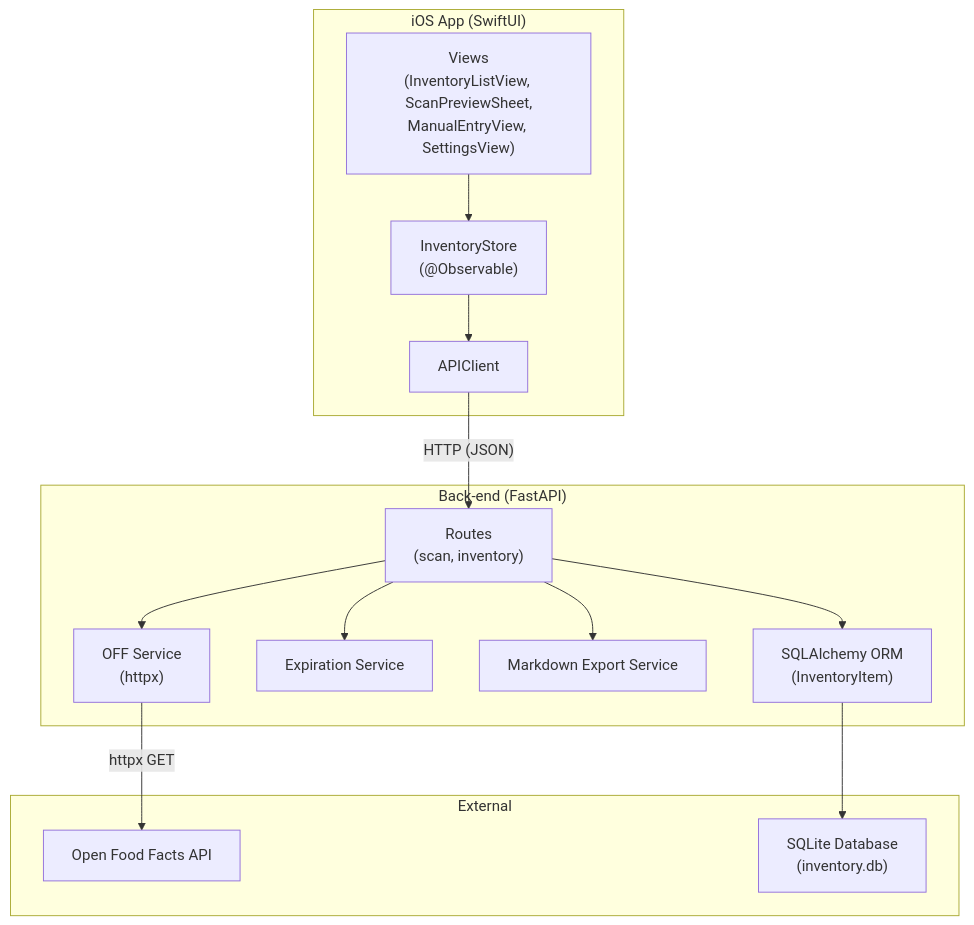
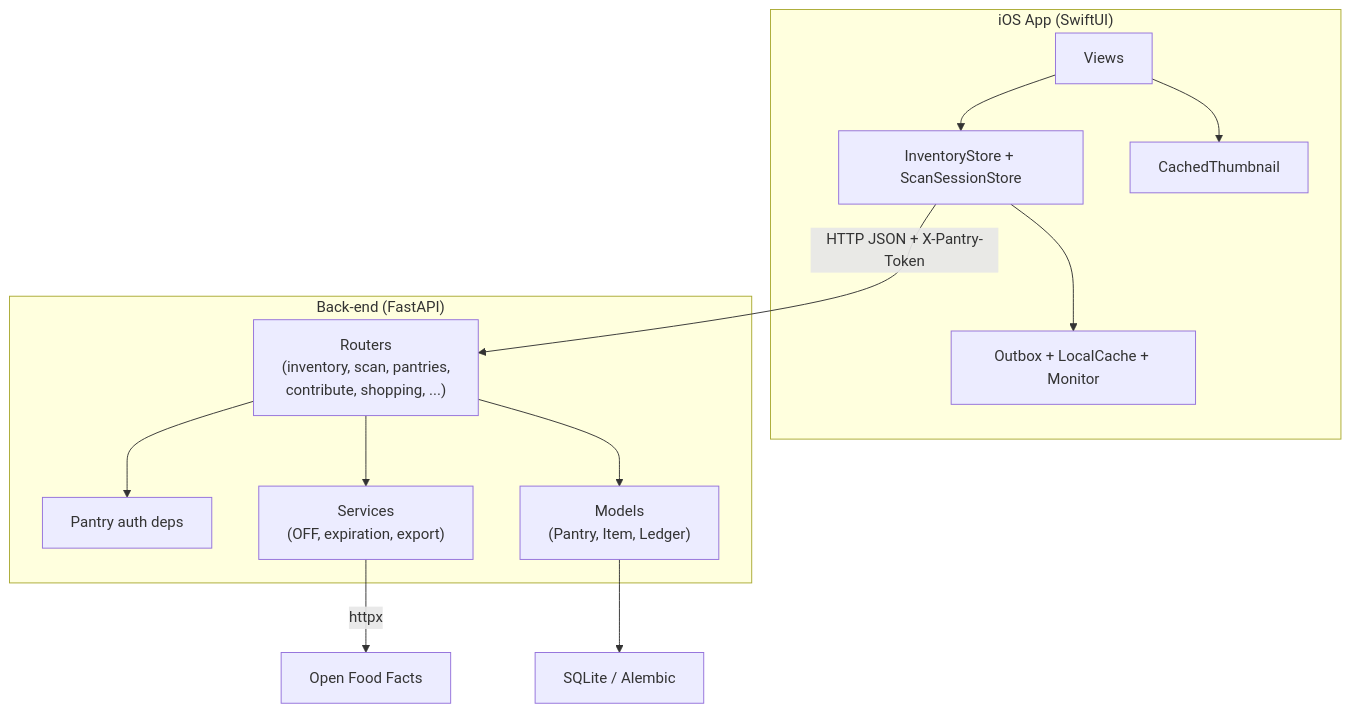
One commit to lorecanc/dispensapp changed the first of 2 diagrams in wiki/architecture.md. Above: the diagram before and after it, drawn with Mermaid. The commit also changed other lines of this file and 55 other files, not shown here.

First line of the commit message:
chore(checkpoint): wiki checkpoint — refresh docs for sharing, shopping, offline outbox, and iOS components

````diff
--- a/wiki/architecture.md
+++ b/wiki/architecture.md
@@ -47,31 +36,29 @@
 ```mermaid
 graph TD
     subgraph "iOS App (SwiftUI)"
-        UI["Views<br/>(InventoryListView, ScanPreviewSheet,<br/>ManualEntryView, SettingsView)"]
-        STORE["InventoryStore<br/>(@Observable)"]
-        CLIENT["APIClient"]
-        UI --> STORE
-        STORE --> CLIENT
+        VIEWS["Views"]
+        STORES["InventoryStore + ScanSessionStore"]
+        OFFLINE["Outbox + LocalCache + Monitor"]
+        THUMB["CachedThumbnail"]
+        VIEWS --> STORES
+        STORES --> OFFLINE
+        VIEWS --> THUMB
     end
 
     subgraph "Back-end (FastAPI)"
-        ROUTES["Routes<br/>(scan, inventory)"]
-        SVC_SCAN["OFF Service<br/>(httpx)"]
-        SVC_EXP["Expiration Service"]
-        SVC_MD["Markdown Export Service"]
-        MODELS["SQLAlchemy ORM<br/>(InventoryItem)"]
-        ROUTES --> SVC_SCAN
-        ROUTES --> SVC_EXP
-        ROUTES --> SVC_MD
-        ROUTES --> MODELS
+        API["Routers<br/>(inventory, scan, pantries,<br/>contribute, shopping, ...)"]
+        AUTH["Pantry auth deps"]
+        SVC["Services<br/>(OFF, expiration, export)"]
+        MODELS["Models<br/>(Pantry, Item, Ledger)"]
+        API --> AUTH
+        API --> SVC
+        API --> MODELS
     end
 
-    subgraph "External"
-        OFF["Open Food Facts API"]
-        SQLITE["SQLite Database<br/>(inventory.db)"]
-    end
+    EXT_OFF["Open Food Facts"]
+    DB["SQLite / Alembic"]
 
-    CLIENT -- "HTTP (JSON)" --> ROUTES
-    SVC_SCAN -- "httpx GET" --> OFF
-    MODELS --> SQLITE
+    STORES -- "HTTP JSON + X-Pantry-Token" --> API
+    SVC -- "httpx" --> EXT_OFF
+    MODELS --> DB
 ```
````
